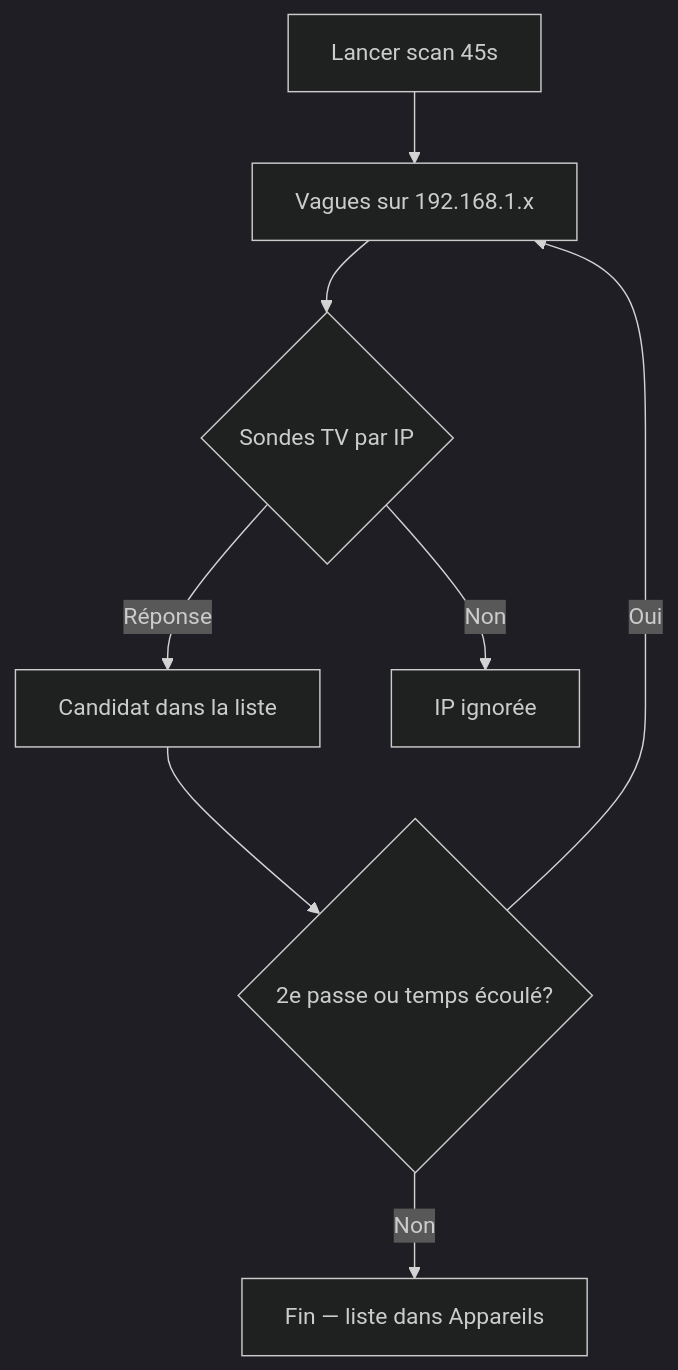
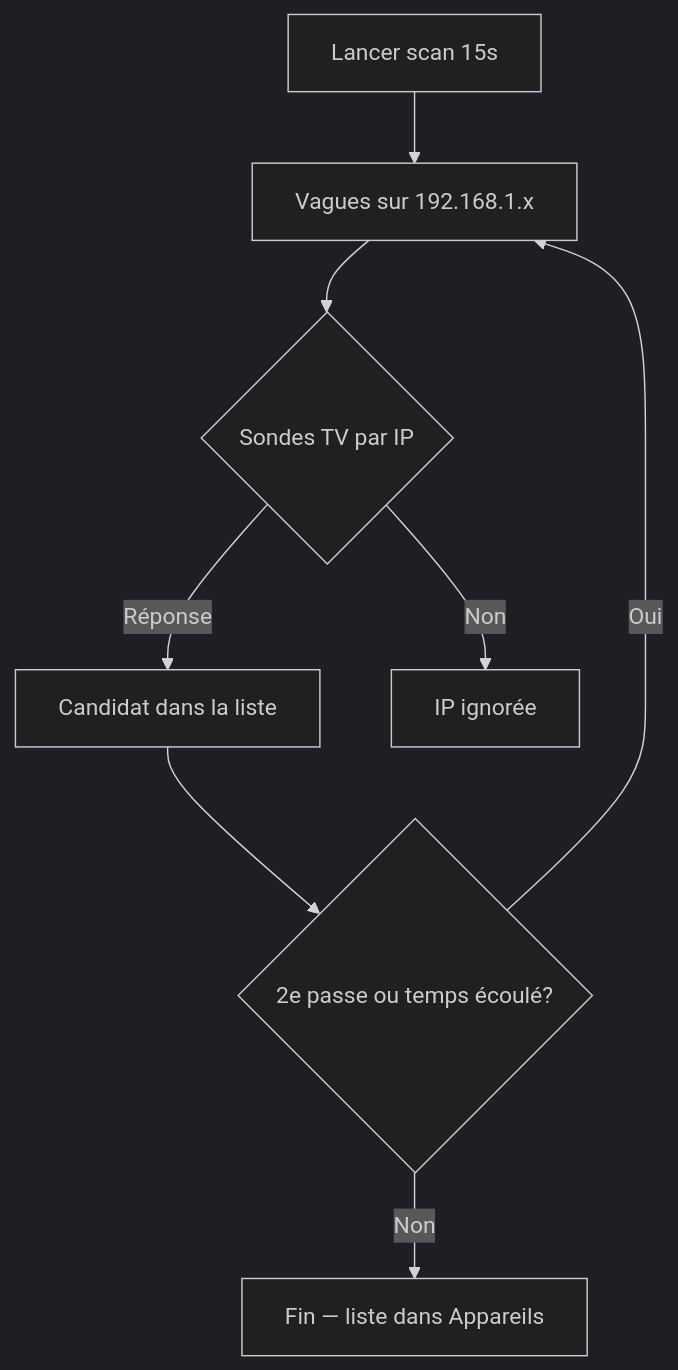
The diagram in docs/07-DECOUVERTE-SCAN.md (KERNEL-FORGE-G/TV), drawn with Mermaid (dark theme) before and after one commit. The commit also changed other lines of this file and 12 other files, not shown here.

````diff
--- a/docs/07-DECOUVERTE-SCAN.md
+++ b/docs/07-DECOUVERTE-SCAN.md
@@ -114,10 +114,10 @@
 ```mermaid
 flowchart TD
-  A[Lancer scan 45s] --> B[Vagues sur 192.168.1.x]
+  A[Lancer scan 15s] --> B[Vagues sur 192.168.1.x]
   B --> C{Sondes TV par IP}
   C -->|Réponse| D[Candidat dans la liste]
   C -->|Non| E[IP ignorée]
   D --> F{2e passe ou temps écoulé?}
   F -->|Oui| B
   F -->|Non| G[Fin — liste dans Appareils]
 ```
````
